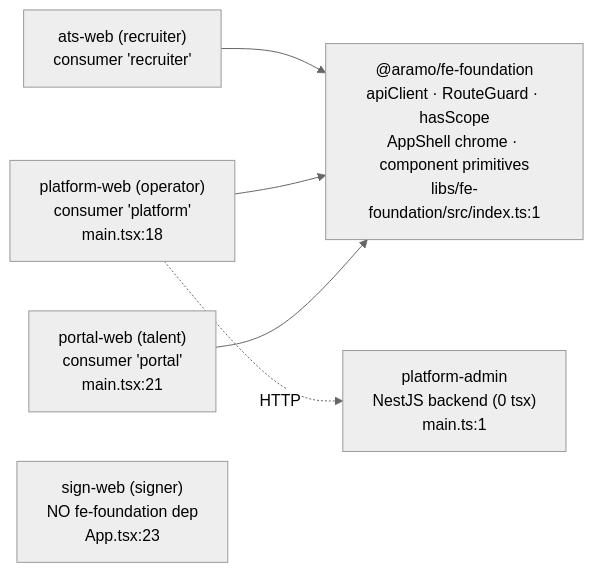
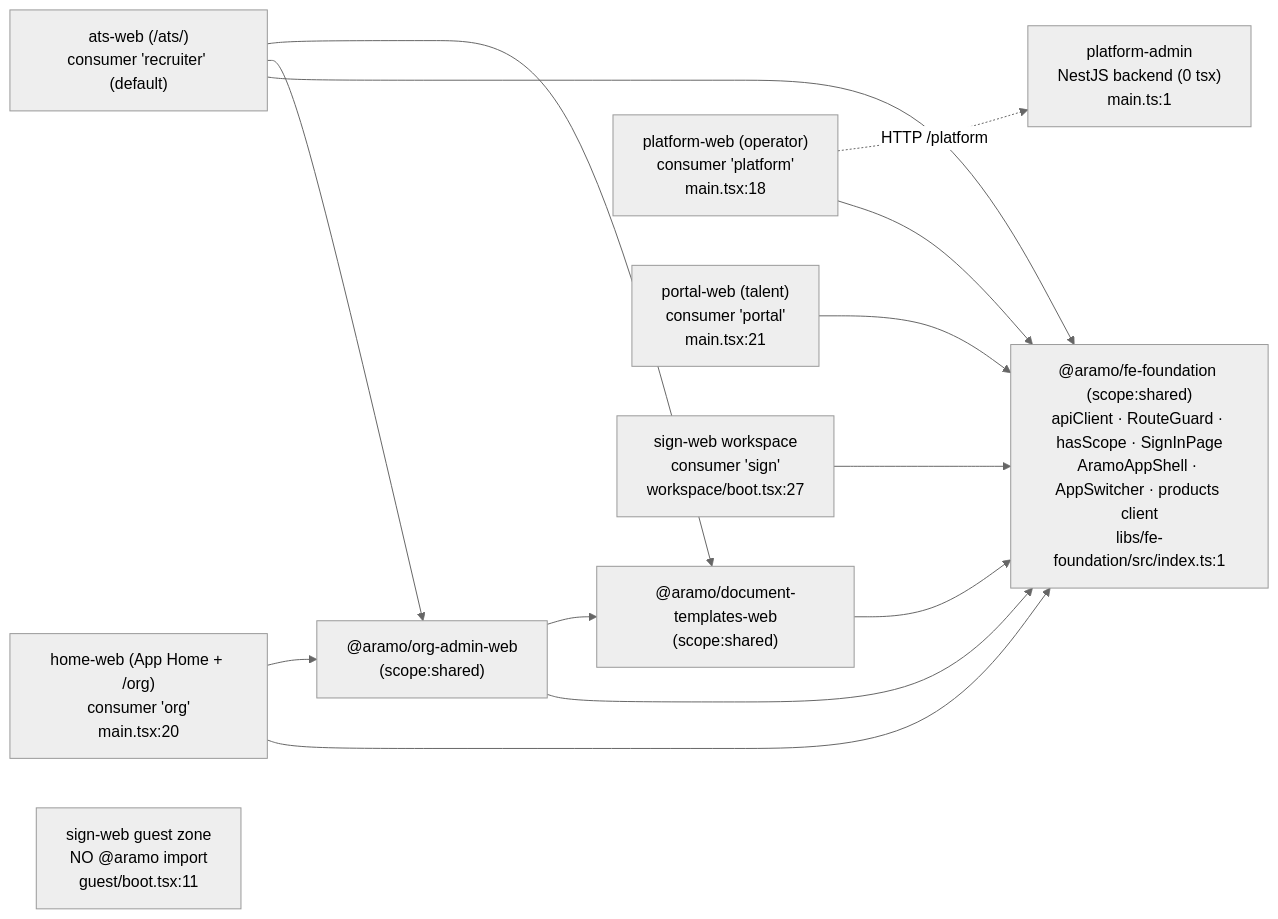
Before and after one commit to astreinc/aramo-platform: the third of 4 diagrams in doc/recon/as-built/D13-frontend-architecture-screens.md, drawn with Mermaid (neutral theme). The commit also changed other lines of this file and 59 other files, not shown here.

````diff
--- a/doc/recon/as-built/D13-frontend-architecture-screens.md
+++ b/doc/recon/as-built/D13-frontend-architecture-screens.md
@@ -145,10 +207,18 @@
 ```mermaid
 flowchart LR
-  FF["@aramo/fe-foundation<br/>apiClient · RouteGuard · hasScope<br/>AppShell chrome · component primitives<br/>libs/fe-foundation/src/index.ts:1"]
-  ATS["ats-web (recruiter)<br/>consumer 'recruiter'"] --> FF
+  FF["@aramo/fe-foundation (scope:shared)<br/>apiClient · RouteGuard · hasScope · SignInPage<br/>AramoAppShell · AppSwitcher · products client<br/>libs/fe-foundation/src/index.ts:1"]
+  DTW["@aramo/document-templates-web<br/>(scope:shared)"] --> FF
+  OAW["@aramo/org-admin-web<br/>(scope:shared)"] --> FF
+  OAW --> DTW
+  HOME["home-web (App Home + /org)<br/>consumer 'org'<br/>main.tsx:20"] --> FF
+  HOME --> OAW
+  ATS["ats-web (/ats/)<br/>consumer 'recruiter' (default)"] --> FF
+  ATS --> OAW
+  ATS --> DTW
   PW["platform-web (operator)<br/>consumer 'platform'<br/>main.tsx:18"] --> FF
   PORT["portal-web (talent)<br/>consumer 'portal'<br/>main.tsx:21"] --> FF
-  SIGN["sign-web (signer)<br/>NO fe-foundation dep<br/>App.tsx:23"]
+  SIGNW["sign-web workspace<br/>consumer 'sign'<br/>workspace/boot.tsx:27"] --> FF
+  SIGNG["sign-web guest zone<br/>NO @aramo import<br/>guest/boot.tsx:11"]
   PADMIN["platform-admin<br/>NestJS backend (0 tsx)<br/>main.ts:1"]
-  PW -. HTTP .-> PADMIN
+  PW -. HTTP /platform .-> PADMIN
 ```
````
